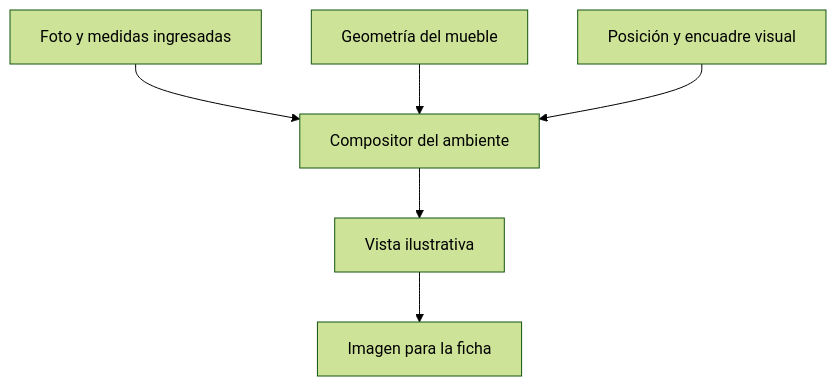
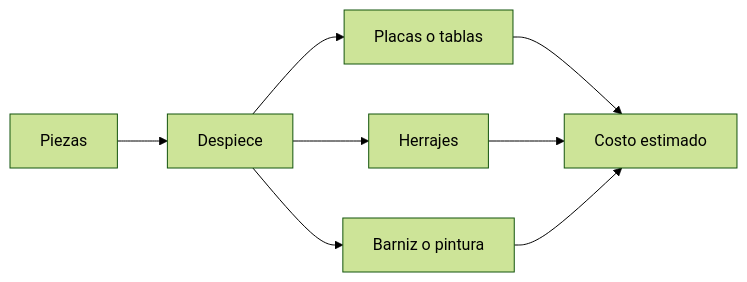
The third of 7 diagrams in doc/04_diseno_y_arquitectura/DOC-04A_flujo_arquitectura.md (AcerrinLab/acerrinLab-data), drawn with Mermaid (forest theme) before and after one commit. The commit also changed other lines of this file, not shown here.

````diff
--- a/doc/04_diseno_y_arquitectura/DOC-04A_flujo_arquitectura.md
+++ b/doc/04_diseno_y_arquitectura/DOC-04A_flujo_arquitectura.md
@@ -137,8 +128,10 @@
 ```mermaid
-flowchart TD
-  P["Foto y medidas ingresadas"] --> C["Compositor del ambiente"]
-  G["Geometría del mueble"] --> C
-  T["Posición y encuadre visual"] --> C
-  C --> I["Vista ilustrativa"]
-  I --> F["Imagen para la ficha"]
+flowchart LR
+  P["Piezas"] --> D["Despiece"]
+  D --> PL["Placas o tablas"]
+  D --> H["Herrajes"]
+  D --> B["Barniz o pintura"]
+  PL --> C["Costo estimado"]
+  H --> C
+  B --> C
 ```
````
